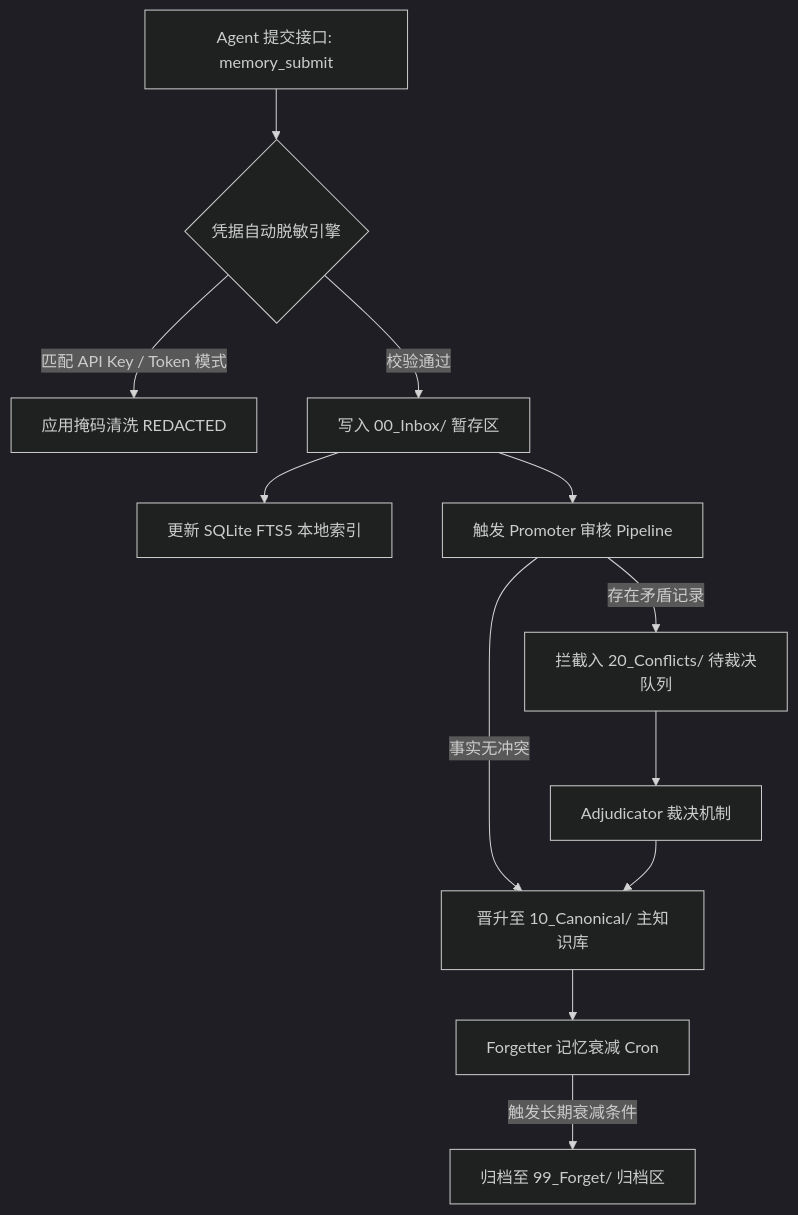
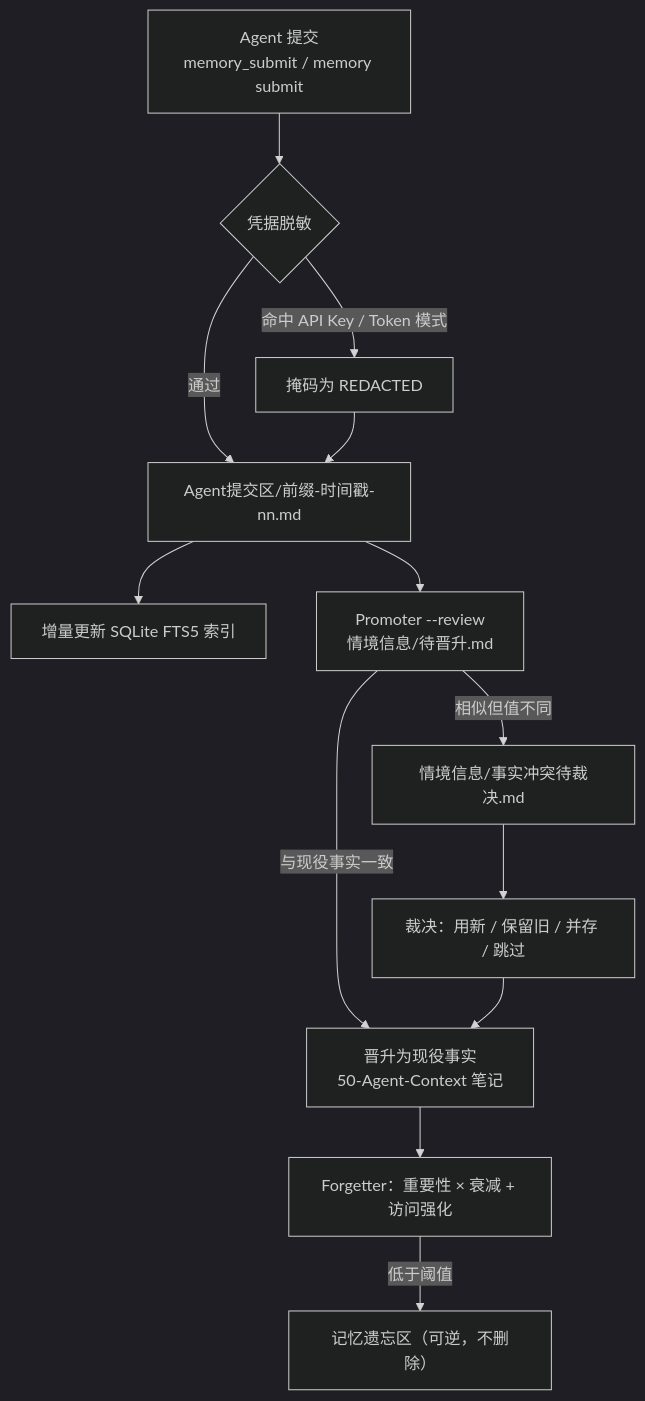
One commit to Noelune/unified-agent-memory changed the diagram in README.md. Above: the diagram before and after it, drawn with Mermaid (dark theme). The commit also changed other lines of this file and 2 other files, not shown here.

````diff
--- a/README.md
+++ b/README.md
@@ -121,18 +200,15 @@
 ```mermaid
 flowchart TD
-    A[Agent 提交接口: memory_submit] --> B{凭据自动脱敏引擎}
-    B -- 匹配 API Key / Token 模式 --> C[应用掩码清洗 REDACTED]
-    B -- 校验通过 --> D[写入 00_Inbox/ 暂存区]
-    
-    D --> E[更新 SQLite FTS5 本地索引]
-    D --> F[触发 Promoter 审核 Pipeline]
-    
-    F -- 事实无冲突 --> G[晋升至 10_Canonical/ 主知识库]
-    F -- 存在矛盾记录 --> H[拦截入 20_Conflicts/ 待裁决队列]
-    
-    H --> I[Adjudicator 裁决机制]
+    A["Agent 提交<br/>memory_submit / memory submit"] --> B{"凭据脱敏"}
+    B -- 命中 API Key / Token 模式 --> C["掩码为 REDACTED"]
+    B -- 通过 --> D["Agent提交区/前缀-时间戳-nn.md"]
+    C --> D
+    D --> E["增量更新 SQLite FTS5 索引"]
+    D --> F["Promoter --review<br/>情境信息/待晋升.md"]
+    F -- 与现役事实一致 --> G["晋升为现役事实<br/>50-Agent-Context 笔记"]
+    F -- 相似但值不同 --> H["情境信息/事实冲突待裁决.md"]
+    H --> I["裁决：用新 / 保留旧 / 并存 / 跳过"]
     I --> G
-    
-    G --> J[Forgetter 记忆衰减 Cron]
-    J -- 触发长期衰减条件 --> K[归档至 99_Forget/ 归档区]
+    G --> J["Forgetter：重要性 × 衰减 + 访问强化"]
+    J -- 低于阈值 --> K["记忆遗忘区（可逆，不删除）"]
 ```
````
